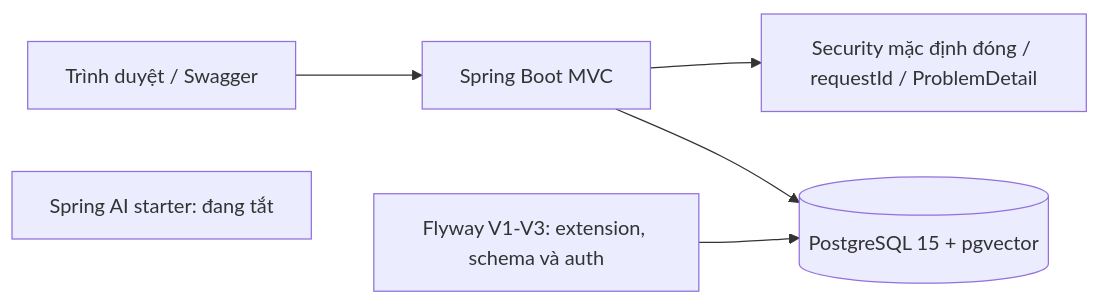
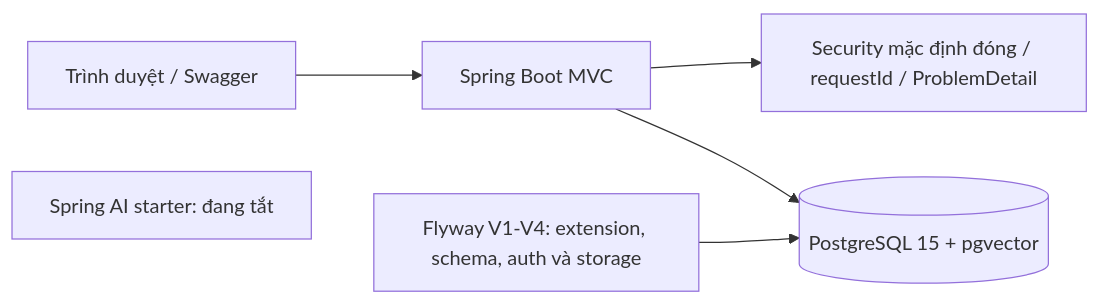
The diagram in README.md (TuanAnhVu81/documind-backend), drawn with Mermaid before and after one commit. The commit also changed other lines of this file and 11 other files, not shown here.

````diff
--- a/README.md
+++ b/README.md
@@ -21,8 +19,8 @@
 ```mermaid
 flowchart LR
     Browser[Trình duyệt / Swagger] --> API[Spring Boot MVC]
     API --> Common[Security mặc định đóng / requestId / ProblemDetail]
     API --> DB[(PostgreSQL 15 + pgvector)]
-    Flyway[Flyway V1-V3: extension, schema và auth] --> DB
+    Flyway[Flyway V1-V4: extension, schema, auth và storage] --> DB
     AI[Spring AI starter: đang tắt]
 ```
````
